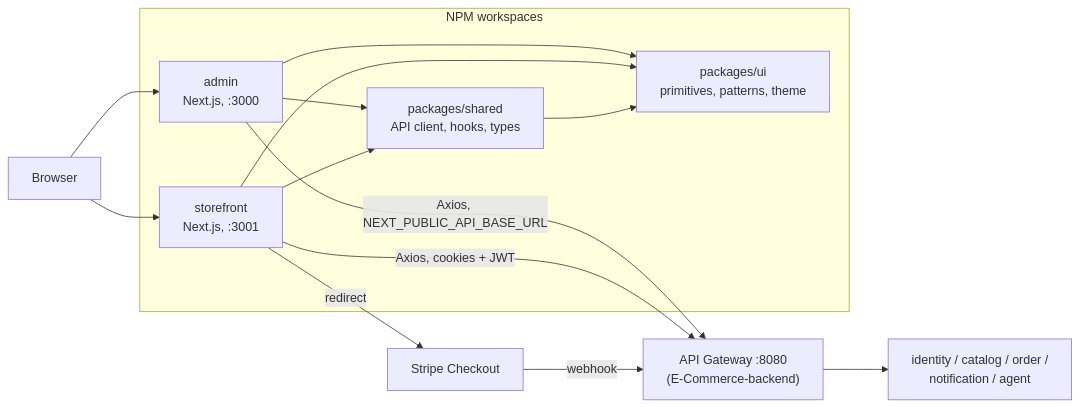
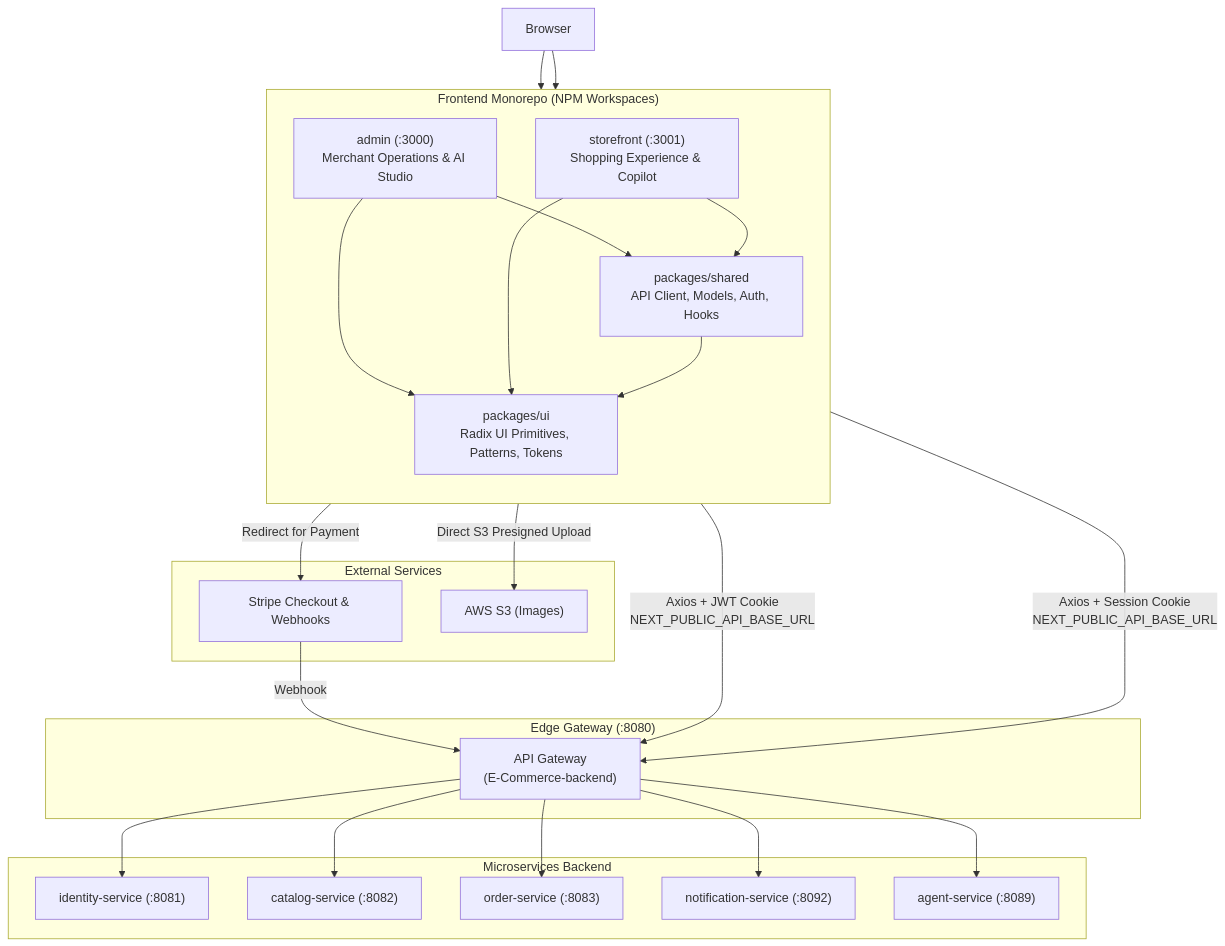
One commit to yashrajoria/E-Commerce changed the diagram in README.md. Above: the diagram before and after it, drawn with Mermaid. The commit also changed other lines of this file and 4 other files, not shown here.

First line of the commit message:
docs: update frontend READMEs (root, admin, storefront, shared, ui)

````diff
--- a/README.md
+++ b/README.md
@@ -50,21 +65,49 @@
 ```mermaid
-flowchart LR
-  subgraph Monorepo["NPM workspaces"]
-    AD["admin<br/>Next.js, :3000"]
-    SF["storefront<br/>Next.js, :3001"]
-    SH["packages/shared<br/>API client, hooks, types"]
-    UI["packages/ui<br/>primitives, patterns, theme"]
+flowchart TD
+  subgraph Frontend["Frontend Monorepo (NPM Workspaces)"]
+    direction TB
+    AD["admin (:3000)<br/>Merchant Operations & AI Studio"]
+    SF["storefront (:3001)<br/>Shopping Experience & Copilot"]
+    SH["packages/shared<br/>API Client, Models, Auth, Hooks"]
+    UI["packages/ui<br/>Radix UI Primitives, Patterns, Tokens"]
+
     AD --> SH
     SF --> SH
     AD --> UI
     SF --> UI
     SH --> UI
   end
+
+  subgraph Gateway["Edge Gateway (:8080)"]
+    GW["API Gateway<br/>(E-Commerce-backend)"]
+  end
+
+  subgraph Backend["Microservices Backend"]
+    ID["identity-service (:8081)"]
+    CAT["catalog-service (:8082)"]
+    ORD["order-service (:8083)"]
+    NOT["notification-service (:8092)"]
+    AG["agent-service (:8089)"]
+  end
+
+  subgraph External["External Services"]
+    STRIPE["Stripe Checkout & Webhooks"]
+    S3["AWS S3 (Images)"]
+  end
+
   Browser["Browser"] --> AD
   Browser --> SF
-  AD -->|"Axios, NEXT_PUBLIC_API_BASE_URL"| GW["API Gateway :8080<br/>(E-Commerce-backend)"]
-  SF -->|"Axios, cookies + JWT"| GW
-  GW --> SVC["identity / catalog / order /<br/>notification / agent"]
-  SF -->|"redirect"| Stripe["Stripe Checkout"]
-  Stripe -->|"webhook"| GW
+
+  AD -->|"Axios + JWT Cookie<br/>NEXT_PUBLIC_API_BASE_URL"| GW
+  SF -->|"Axios + Session Cookie<br/>NEXT_PUBLIC_API_BASE_URL"| GW
+
+  GW --> ID
+  GW --> CAT
+  GW --> ORD
+  GW --> NOT
+  GW --> AG
+
+  SF -->|"Redirect for Payment"| STRIPE
+  STRIPE -->|"Webhook"| GW
+  AD -->|"Direct S3 Presigned Upload"| S3
 ```
````
